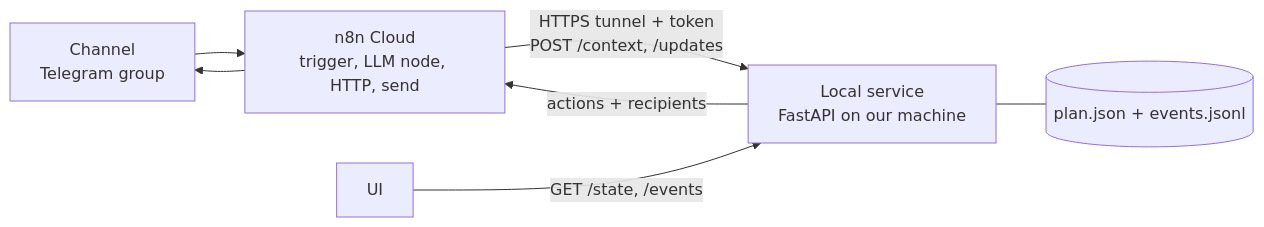
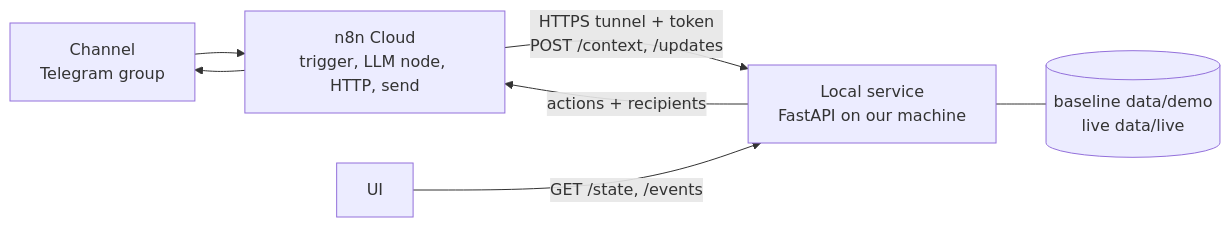
The diagram in docs/01-architecture/README.md (NavRjn/HackTeamVienna), drawn with Mermaid before and after one commit. The commit also changed other lines of this file and 26 other files, not shown here.

````diff
--- a/docs/01-architecture/README.md
+++ b/docs/01-architecture/README.md
@@ -7,9 +7,9 @@
 ```mermaid
 flowchart LR
     TG["Channel<br/>Telegram group"] --> N8N["n8n Cloud<br/>trigger, LLM node, HTTP, send"]
     N8N -- "HTTPS tunnel + token<br/>POST /context, /updates" --> API["Local service<br/>FastAPI on our machine"]
     API -- "actions + recipients" --> N8N
     N8N --> TG
-    API --- ST[("plan.json + events.jsonl")]
+    API --- ST[("baseline data/demo<br/>live data/live")]
     UI["UI"] -- "GET /state, /events" --> API
 ```
````
